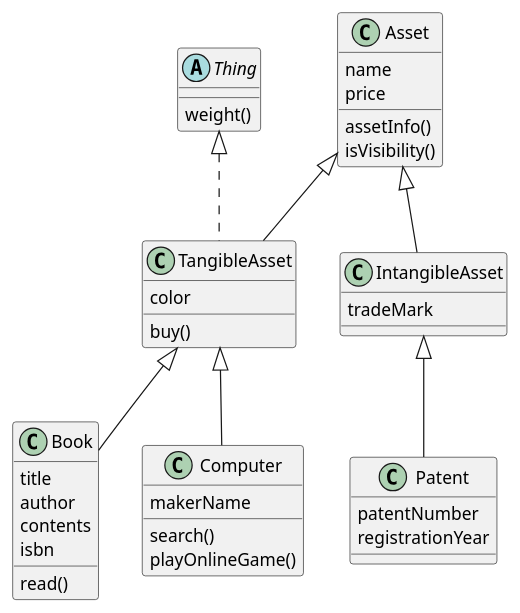
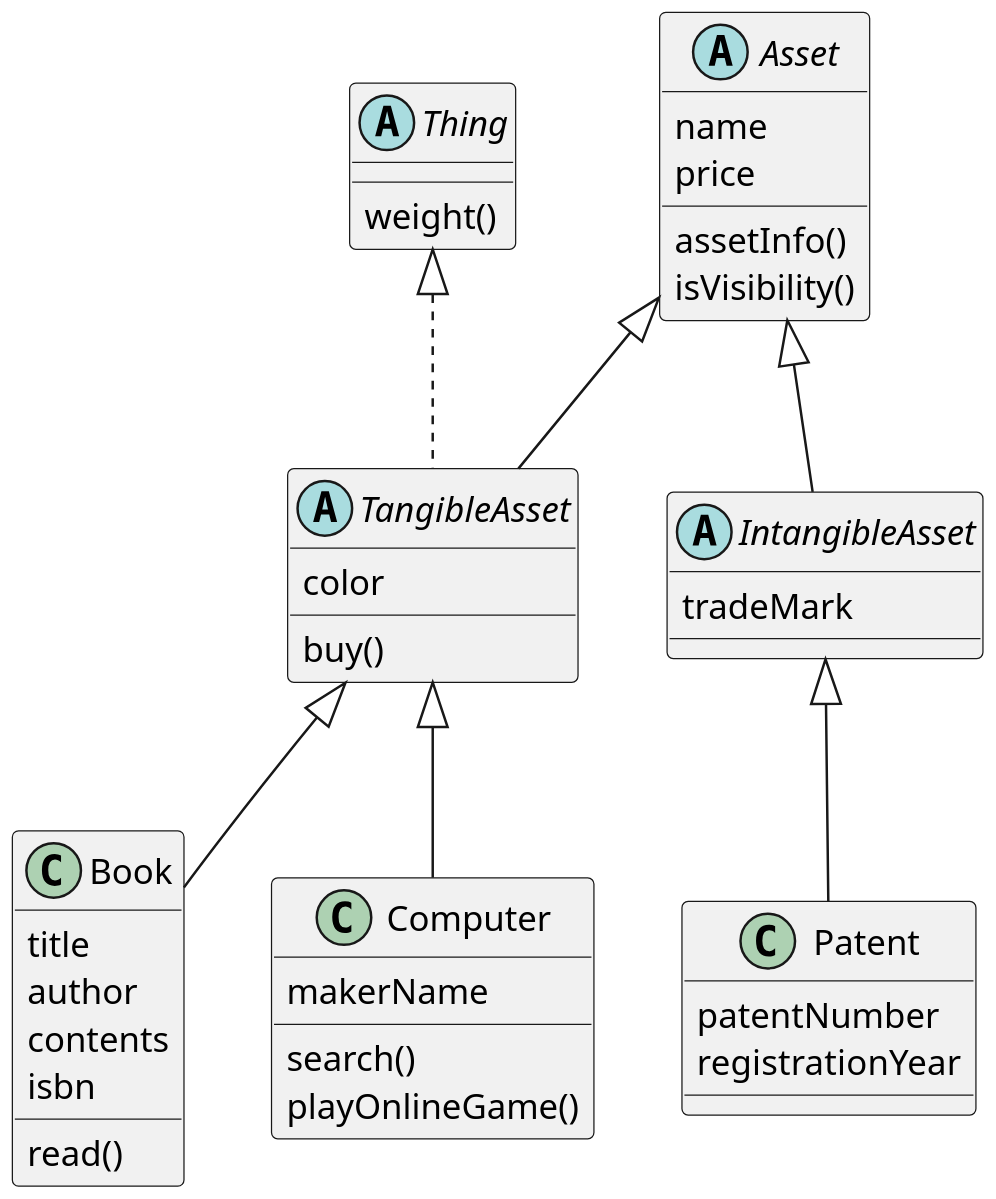
The diagram in lib/0313/0313 test 01.puml (orm-camp-flutter-2ki/learn_dart_together), drawn with PlantUML before and after one commit.

Commit message:
note: 0313 과제 uml 수정

```diff
--- a/lib/0313/0313 test 01.puml
+++ b/lib/0313/0313 test 01.puml
@@ -1,46 +1,48 @@
 @startuml
-class Asset {
+scale 2
+
+abstract class Asset {
 name
 price
 assetInfo()
 isVisibility()
 }
 
 'interface'
 abstract class Thing{
 weight()
 }
 
-class TangibleAsset extends Asset implements Thing {
+abstract class TangibleAsset extends Asset implements Thing {
 color
 buy()
 }
 
-class IntangibleAsset extends Asset {
+abstract class IntangibleAsset extends Asset {
 tradeMark
 }
 
 class Book extends TangibleAsset {
 title
 author
 contents
 isbn
 read()
 }
 
 class Computer extends TangibleAsset {
 makerName
 search()
 playOnlineGame()
 }
 
 class Patent extends IntangibleAsset {
 patentNumber
 registrationYear
 }
 
 
 
 
 
 @enduml
```
